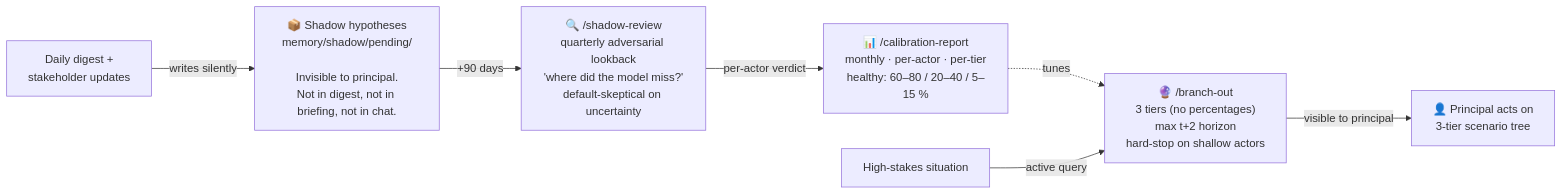
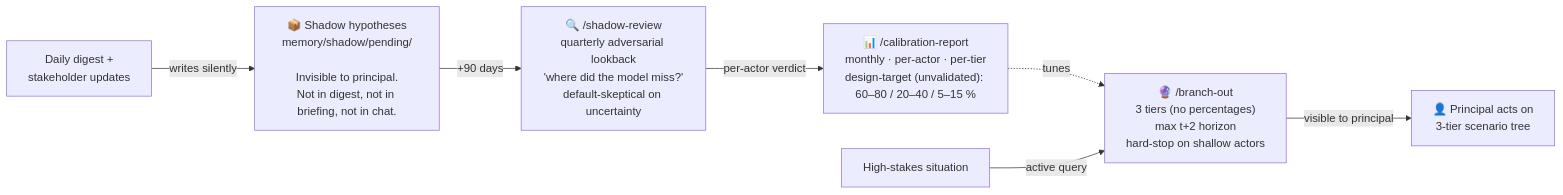
One commit to jaroslavsoucek-art/Giovanni changed the first of 2 diagrams in README.md. Above: the diagram before and after it, drawn with Mermaid. The commit also changed other lines of this file, not shown here.

````diff
--- a/README.md
+++ b/README.md
@@ -38,9 +45,9 @@
 ```mermaid
 flowchart LR
     digest["Daily digest +<br/>stakeholder updates"] -->|"writes silently"| shadow["📦 Shadow hypotheses<br/>memory/shadow/pending/<br/><br/>Invisible to principal.<br/>Not in digest, not in briefing, not in chat."]
     shadow -->|"+90 days"| review["🔍 /shadow-review<br/>quarterly adversarial lookback<br/>'where did the model miss?'<br/>default-skeptical on uncertainty"]
-    review -->|"per-actor verdict"| calibration["📊 /calibration-report<br/>monthly · per-actor · per-tier<br/>healthy: 60–80 / 20–40 / 5–15 %"]
+    review -->|"per-actor verdict"| calibration["📊 /calibration-report<br/>monthly · per-actor · per-tier<br/>design-target (unvalidated): 60–80 / 20–40 / 5–15 %"]
     calibration -.tunes.-> branchout["🔮 /branch-out<br/>3 tiers (no percentages)<br/>max t+2 horizon<br/>hard-stop on shallow actors"]
     situation["High-stakes situation"] -->|"active query"| branchout
     branchout -->|"visible to principal"| principal["👤 Principal acts on<br/>3-tier scenario tree"]
 ```
````
